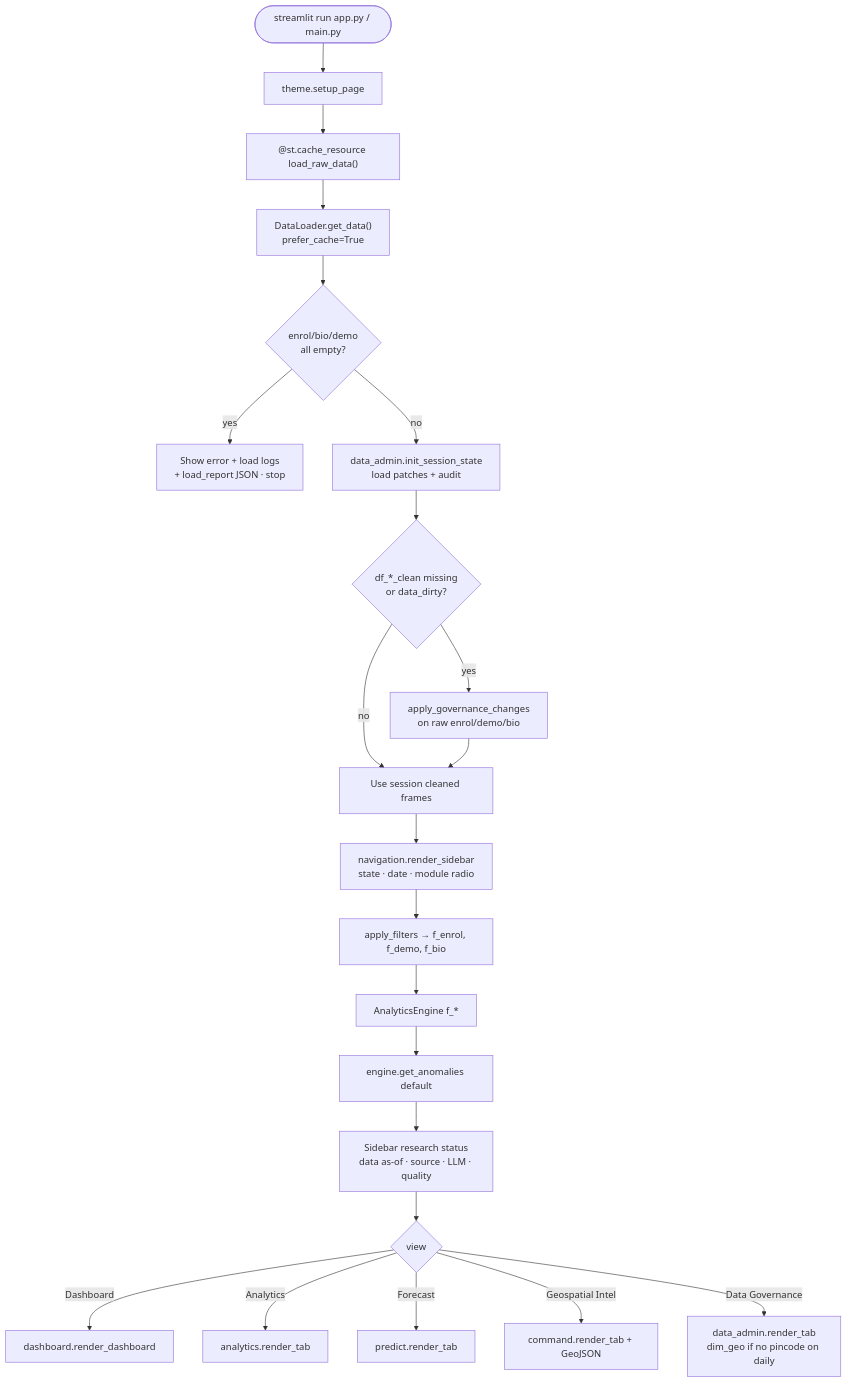
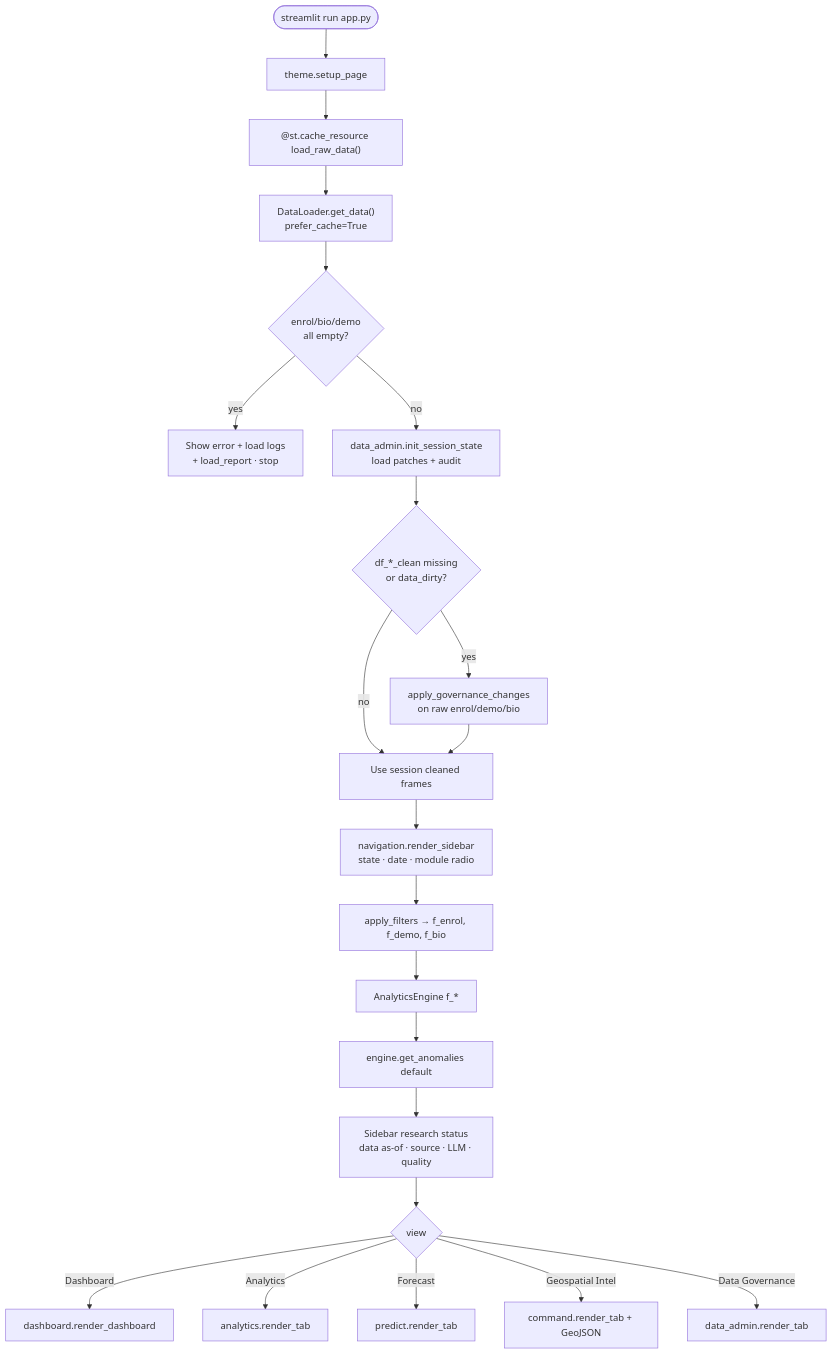
The third of 24 diagrams in flowchart.md (NetRunnerXD/Aadhaar-Intel-Engine-UIDAI), drawn with Mermaid before and after one commit. The commit also changed other lines of this file and 1 other file, not shown here.

First line of the commit message:
docs: update flowchart and feature parity for dual UI stack

````diff
--- a/flowchart.md
+++ b/flowchart.md
@@ -87,29 +121,29 @@
 ```mermaid
 flowchart TD
-    START([streamlit run app.py / main.py]) --> THEME[theme.setup_page]
+    START([streamlit run app.py]) --> THEME[theme.setup_page]
     THEME --> CACHE["@st.cache_resource load_raw_data()"]
     CACHE --> LOADER["DataLoader.get_data()<br/>prefer_cache=True"]
 
     LOADER --> EMPTY{enrol/bio/demo<br/>all empty?}
-    EMPTY -->|yes| ERR[Show error + load logs<br/>+ load_report JSON · stop]
+    EMPTY -->|yes| ERR[Show error + load logs<br/>+ load_report · stop]
     EMPTY -->|no| GOVINIT[data_admin.init_session_state<br/>load patches + audit]
 
     GOVINIT --> DIRTY{df_*_clean missing<br/>or data_dirty?}
     DIRTY -->|yes| APPLY["apply_governance_changes<br/>on raw enrol/demo/bio"]
     DIRTY -->|no| USE[Use session cleaned frames]
     APPLY --> USE
 
     USE --> SIDE[navigation.render_sidebar<br/>state · date · module radio]
     SIDE --> FILT["apply_filters → f_enrol, f_demo, f_bio"]
     FILT --> ENG[AnalyticsEngine f_*]
     ENG --> ANOM[engine.get_anomalies default]
     ANOM --> STATUS[Sidebar research status<br/>data as-of · source · LLM · quality]
 
     STATUS --> ROUTE{view}
 
     ROUTE -->|Dashboard| D[dashboard.render_dashboard]
     ROUTE -->|Analytics| A[analytics.render_tab]
     ROUTE -->|Forecast| P[predict.render_tab]
     ROUTE -->|Geospatial Intel| C[command.render_tab + GeoJSON]
-    ROUTE -->|Data Governance| G["data_admin.render_tab<br/>dim_geo if no pincode on daily"]
+    ROUTE -->|Data Governance| G[data_admin.render_tab]
 ```
````
